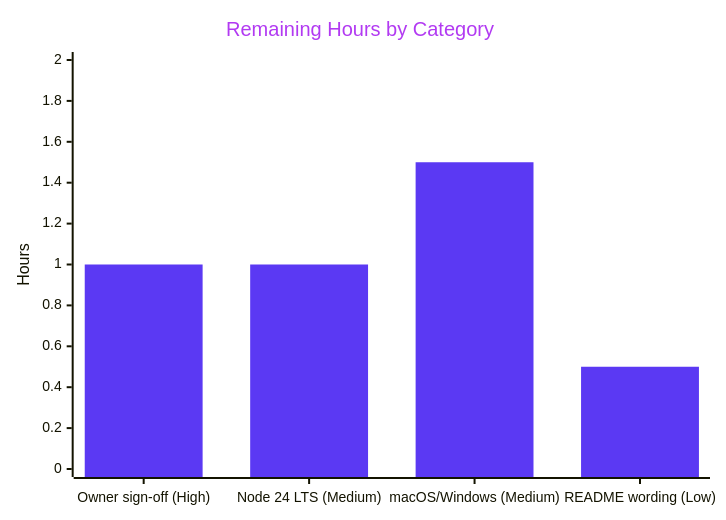
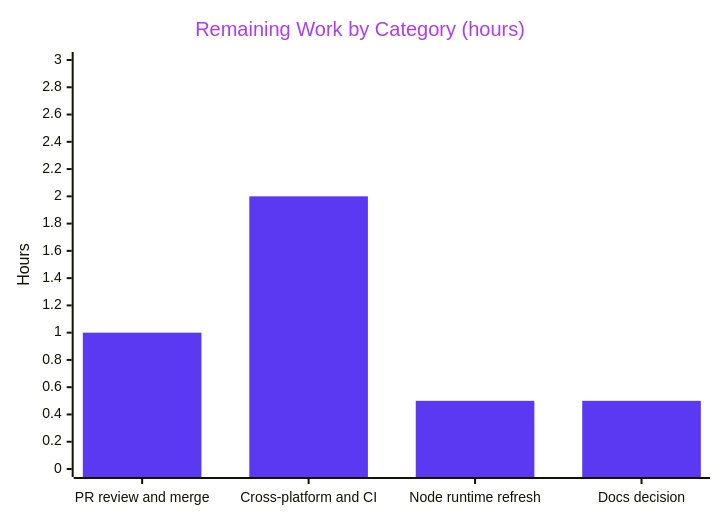
One commit to lakshya-blitzy/empty_repo_to_push_new_prod_code_3009_alreadyused changed the third of 3 diagrams in blitzy/documentation/Project Guide.md. Above: the diagram before and after it, drawn with Mermaid. The commit also changed other lines of this file, not shown here.

Commit message:
Adding Blitzy Project Guide: Project Status and Human Tasks Remaining

````diff
--- a/blitzy/documentation/Project Guide.md
+++ b/blitzy/documentation/Project Guide.md
@@ -194,8 +204,8 @@
 ```mermaid
-%%{init: {'theme':'base','themeVariables':{'xyChart':{'plotColorPalette':'#5B39F3','titleColor':'#B23AF2'}}}}%%
+%%{init: {'theme':'base', 'themeVariables': {'xyChart': {'plotColorPalette':'#5B39F3', 'titleColor':'#B23AF2'}}}}%%
 xychart-beta
-    title "Remaining Hours by Category"
-    x-axis ["Owner sign-off (High)", "Node 24 LTS (Medium)", "macOS/Windows (Medium)", "README wording (Low)"]
-    y-axis "Hours" 0 --> 2
-    bar [1.0, 1.0, 1.5, 0.5]
+    title "Remaining Work by Category (hours)"
+    x-axis ["PR review and merge", "Cross-platform and CI", "Node runtime refresh", "Docs decision"]
+    y-axis "Hours" 0 --> 3
+    bar [1.0, 2.0, 0.5, 0.5]
 ```
````
